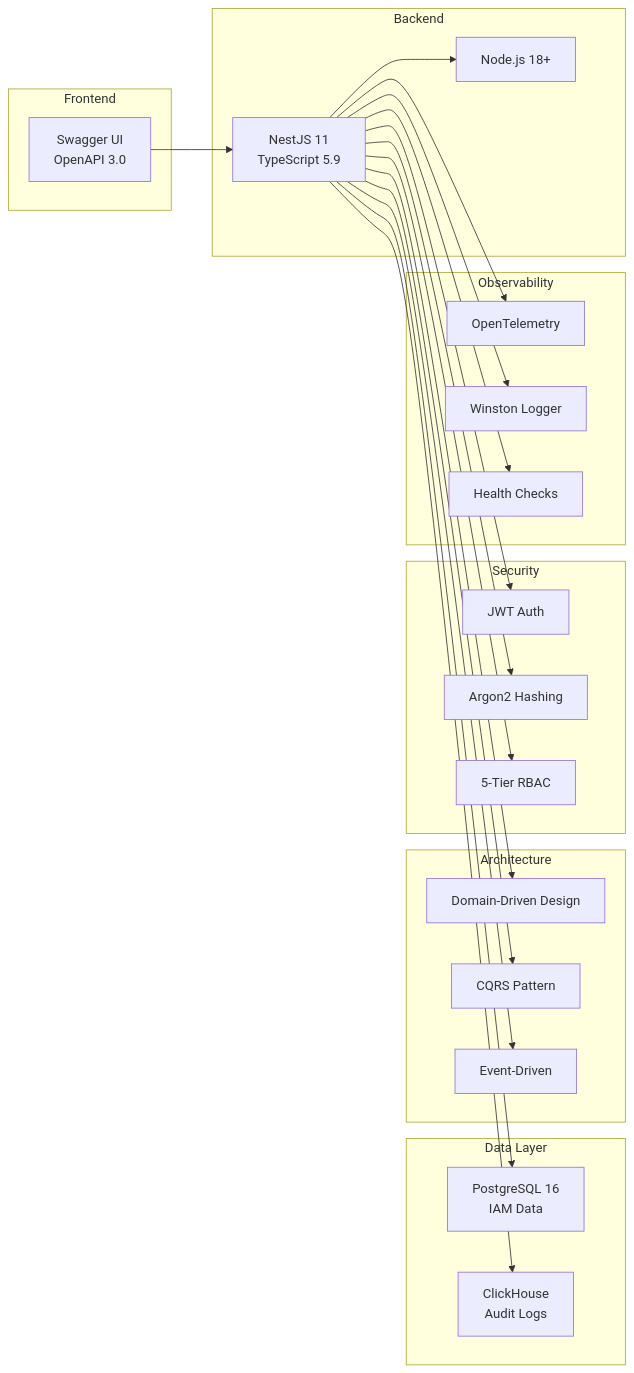
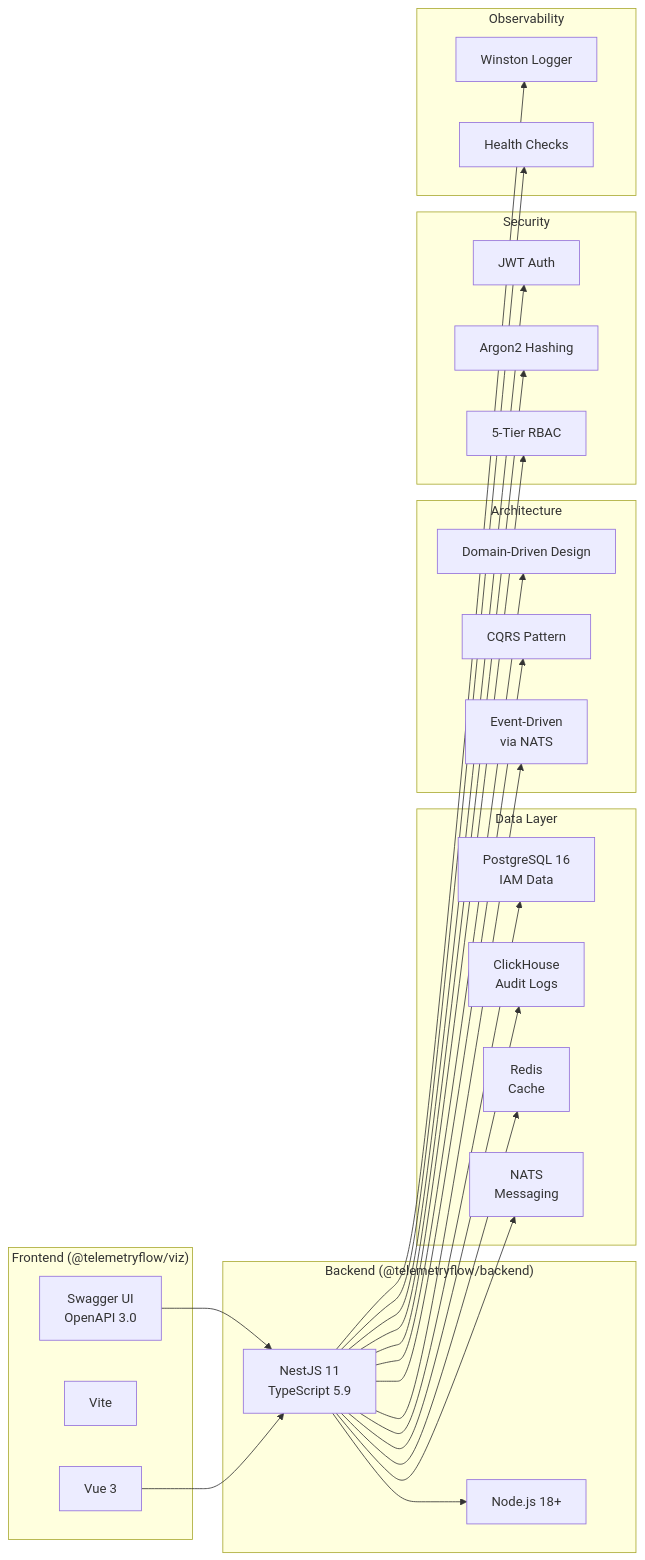
Diagram 12 of 14 in docs/ARCHITECTURE_DIAGRAMS.md (telemetryflow/telemetryflow-core), drawn with Mermaid before and after one commit. The commit also changed other lines of this file and 2428 other files, not shown here.

````diff
--- a/docs/ARCHITECTURE_DIAGRAMS.md
+++ b/docs/ARCHITECTURE_DIAGRAMS.md
@@ -682,48 +755,53 @@
 ```mermaid
 graph LR
-    subgraph "Frontend"
+    subgraph "Frontend (@telemetryflow/viz)"
+        Vue[Vue 3]
+        Vite[Vite]
         Swagger[Swagger UI<br/>OpenAPI 3.0]
     end
 
-    subgraph "Backend"
+    subgraph "Backend (@telemetryflow/backend)"
         NestJS[NestJS 11<br/>TypeScript 5.9]
         Node[Node.js 18+]
     end
 
     subgraph "Data Layer"
         PG[PostgreSQL 16<br/>IAM Data]
         CH[ClickHouse<br/>Audit Logs]
+        REDIS[Redis<br/>Cache]
+        NATS[NATS<br/>Messaging]
     end
 
     subgraph "Architecture"
         DDD[Domain-Driven Design]
         CQRS[CQRS Pattern]
-        Events[Event-Driven]
+        Events[Event-Driven<br/>via NATS]
     end
 
     subgraph "Security"
         JWT[JWT Auth]
         Argon2[Argon2 Hashing]
         RBAC[5-Tier RBAC]
     end
 
     subgraph "Observability"
-        OTEL[OpenTelemetry]
         Winston[Winston Logger]
         Health[Health Checks]
     end
 
+    Vue --> NestJS
     Swagger --> NestJS
     NestJS --> Node
     NestJS --> PG
     NestJS --> CH
+    NestJS --> REDIS
+    NestJS --> NATS
     NestJS --> DDD
     NestJS --> CQRS
     NestJS --> Events
     NestJS --> JWT
     NestJS --> Argon2
     NestJS --> RBAC
-    NestJS --> OTEL
     NestJS --> Winston
     NestJS --> Health
 ```
````
